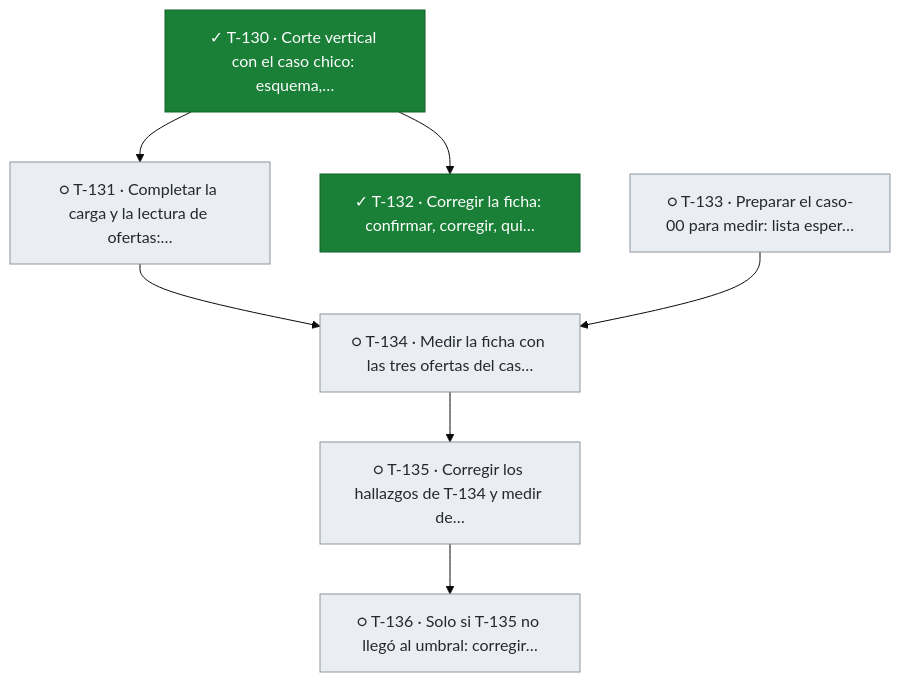
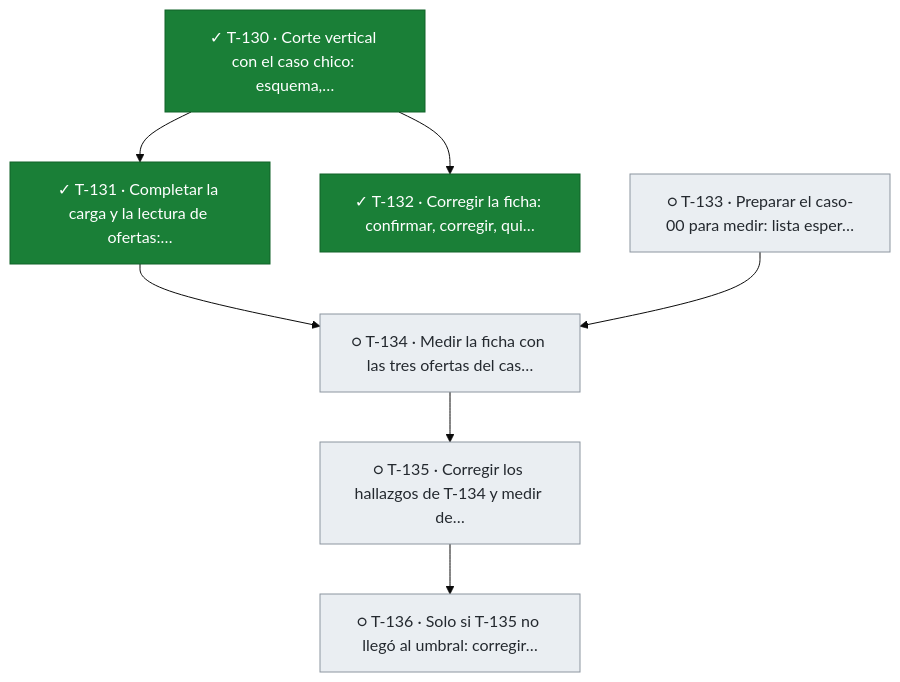
The seventh of 7 diagrams in docs/tablero.md (snavello/EVALUON), drawn with Mermaid (base theme) before and after one commit. The commit also changed other lines of this file and 1 other file, not shown here.

````diff
--- a/docs/tablero.md
+++ b/docs/tablero.md
@@ -674,21 +674,21 @@
 ```mermaid
 flowchart TD
   T130["✓ T-130 · Corte vertical con el caso chico: esquema,…"]:::done
-  T131["○ T-131 · Completar la carga y la lectura de ofertas:…"]:::todo
+  T131["✓ T-131 · Completar la carga y la lectura de ofertas:…"]:::done
   T132["✓ T-132 · Corregir la ficha: confirmar, corregir, qui…"]:::done
   T133["○ T-133 · Preparar el caso-00 para medir: lista esper…"]:::todo
   T134["○ T-134 · Medir la ficha con las tres ofertas del cas…"]:::todo
   T135["○ T-135 · Corregir los hallazgos de T-134 y medir de…"]:::todo
   T136["○ T-136 · Solo si T-135 no llegó al umbral: corregir…"]:::todo
   T130 --> T131
   T130 --> T132
   T131 --> T134
   T133 --> T134
   T134 --> T135
   T135 --> T136
   classDef done fill:#1a7f37,stroke:#116329,color:#ffffff
   classDef review fill:#0969da,stroke:#0550ae,color:#ffffff
   classDef active fill:#bf8700,stroke:#7d4e00,color:#ffffff
   classDef blocked fill:#cf222e,stroke:#a40e26,color:#ffffff
   classDef todo fill:#eaeef2,stroke:#8c959f,color:#24292f
 ```
````
